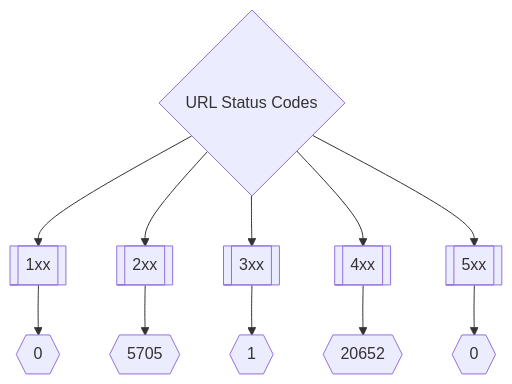
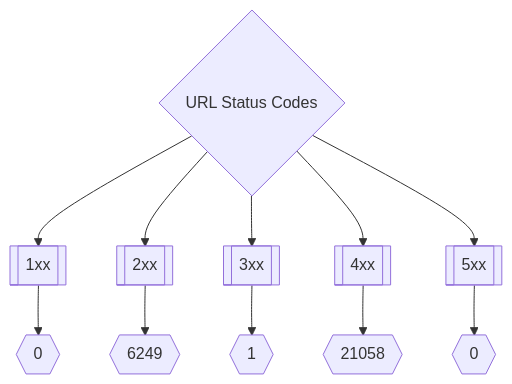
Before and after one commit to trickest/inventory: the second of 3 diagrams in README.md, drawn with Mermaid. The commit also changed other lines of this file, not shown here.

Commit message:
Update Tue Mar  8 11:55:53 UTC 2022

````diff
--- a/README.md
+++ b/README.md
@@ -173,8 +173,8 @@
 ```mermaid
 graph TD
 title{URL Status Codes} --> 1xx[[1xx]] --> status1xxNum{{0}}
-title --> 2xx[[2xx]] --> status2xxNum{{5705}}
+title --> 2xx[[2xx]] --> status2xxNum{{6249}}
 title --> 3xx[[3xx]] --> status3xxNum{{1}}
-title --> 4xx[[4xx]] --> status4xxNum{{20652}}
+title --> 4xx[[4xx]] --> status4xxNum{{21058}}
 title --> 5xx[[5xx]] --> status5xxNum{{0}}
 ```
````
